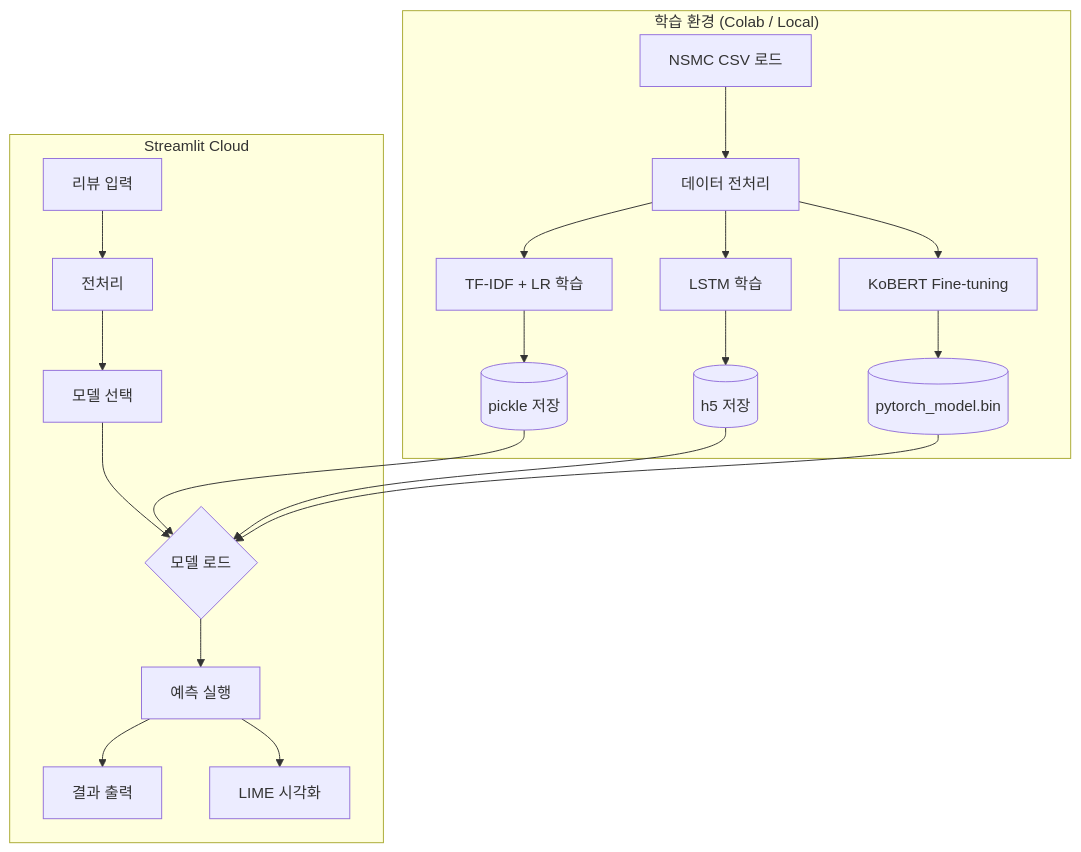
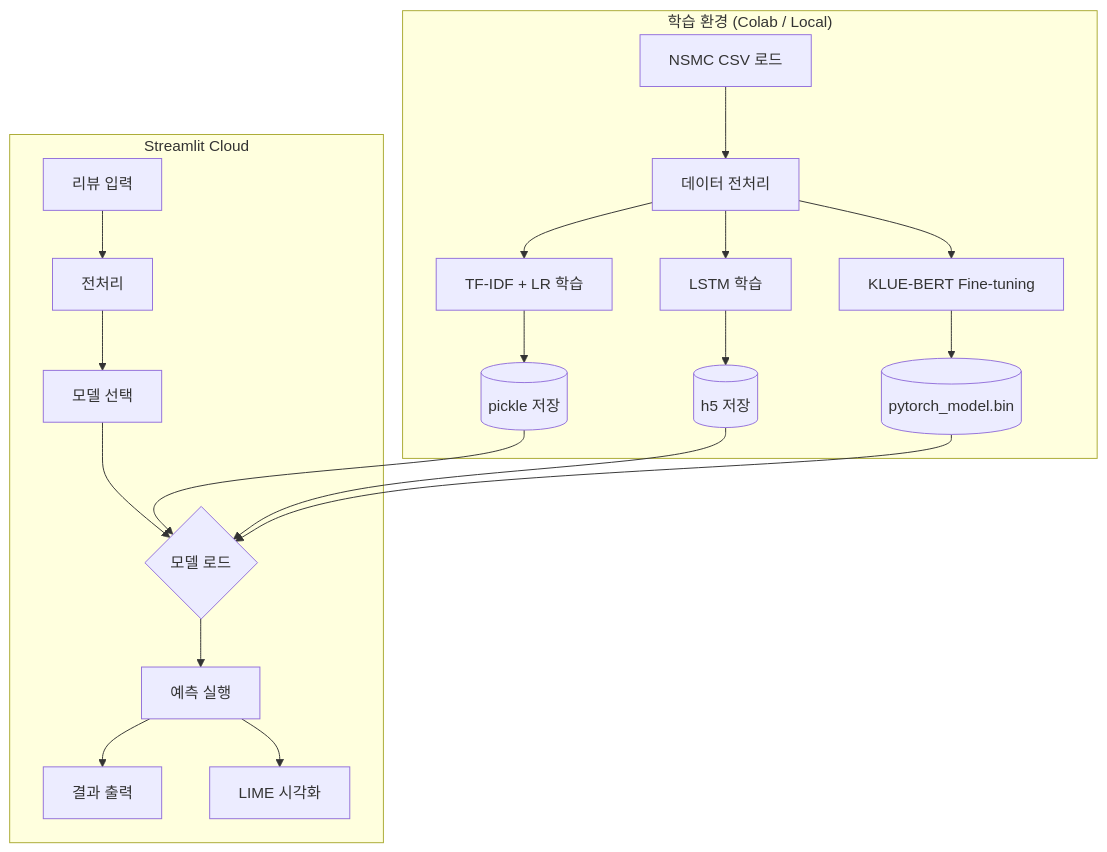
Before and after one commit to luma-team-ai/ai-service-blueprints: the second of 2 diagrams in review-sentiment/docs/prd.md, drawn with Mermaid. The commit also changed other lines of this file, not shown here.

Commit message:
docs(review-sentiment): 트랜스포머 모델 KLUE-BERT로 확정 및 근거 반영

````diff
--- a/review-sentiment/docs/prd.md
+++ b/review-sentiment/docs/prd.md
@@ -237,25 +251,25 @@
 ```mermaid
 flowchart TD
   subgraph "학습 환경 (Colab / Local)"
     A1[NSMC CSV 로드] --> A2[데이터 전처리]
     A2 --> A3[TF-IDF + LR 학습]
     A2 --> A4[LSTM 학습]
-    A2 --> A5[KoBERT Fine-tuning]
+    A2 --> A5[KLUE-BERT Fine-tuning]
     A3 --> A6[(pickle 저장)]
     A4 --> A7[(h5 저장)]
     A5 --> A8[(pytorch_model.bin)]
   end
 
   subgraph "Streamlit Cloud"
     B1[리뷰 입력] --> B2[전처리]
     B2 --> B3[모델 선택]
     B3 --> B4{모델 로드}
     B4 --> B5[예측 실행]
     B5 --> B6[결과 출력]
     B5 --> B7[LIME 시각화]
   end
 
   A6 --> B4
   A7 --> B4
   A8 --> B4
 ```
````
